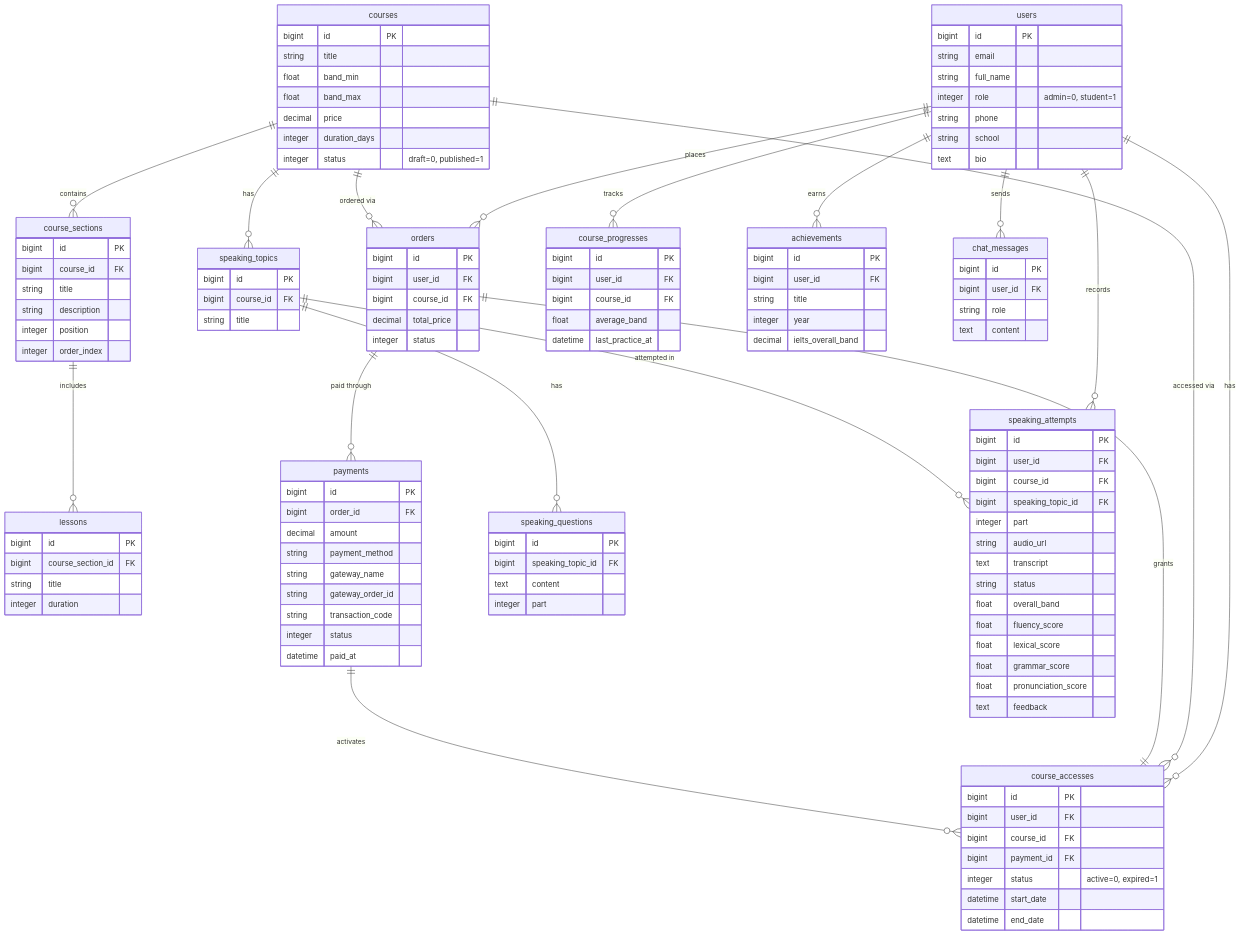
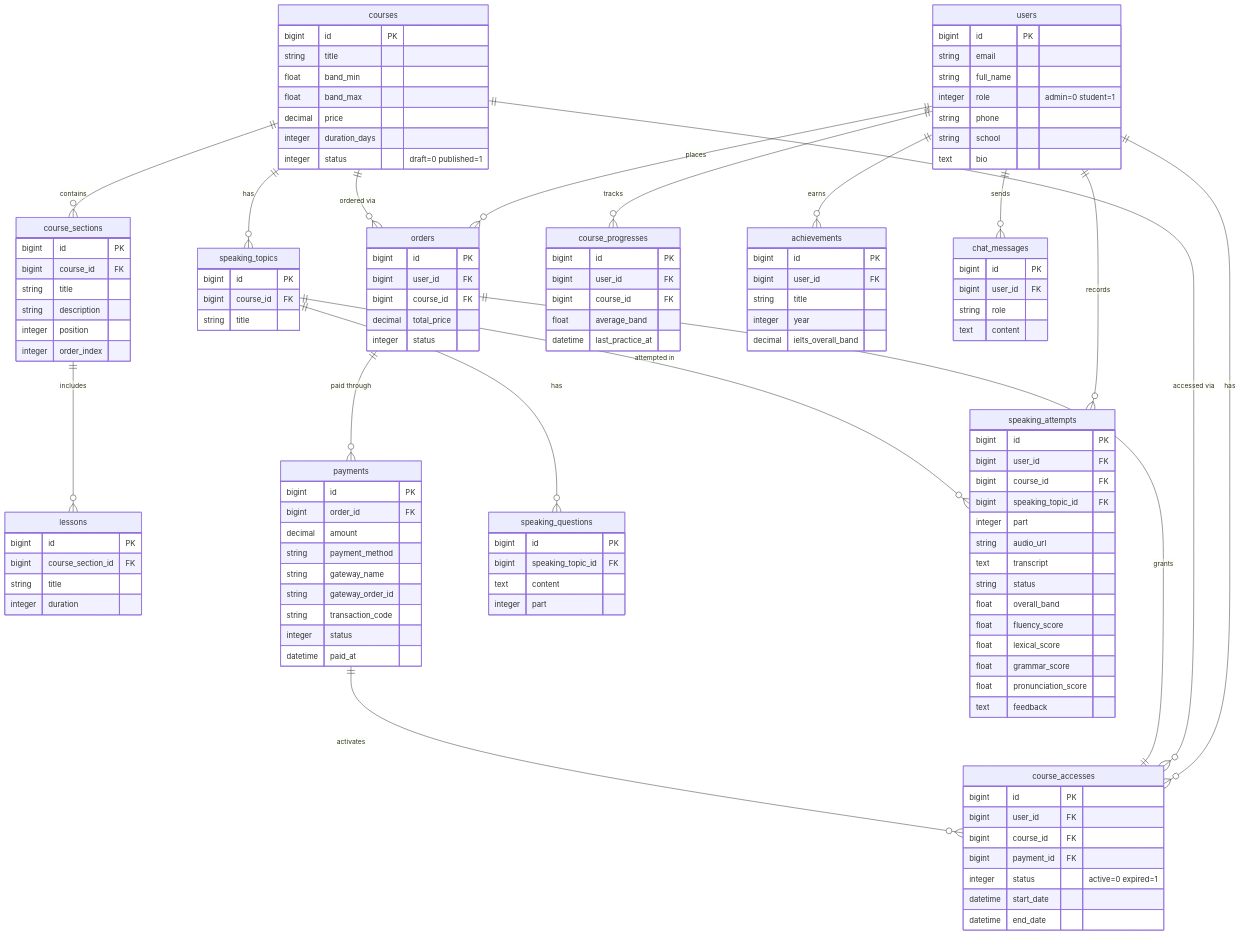
One commit to ThiPhu210/IELTS_LEARNING_PLATFORM changed the third of 10 diagrams in README.md. Above: the diagram before and after it, drawn with Mermaid. The commit also changed other lines of this file, not shown here.

````diff
--- a/README.md
+++ b/README.md
@@ -142,12 +467,11 @@
         bigint id PK
         string email
         string full_name
-        integer role "admin=0, student=1"
+        integer role "admin=0 student=1"
         string phone
         string school
         text bio
     }
-
     courses {
         bigint id PK
         string title
@@ -155,9 +479,8 @@
         float band_max
         decimal price
         integer duration_days
-        integer status "draft=0, published=1"
+        integer status "draft=0 published=1"
     }
-
     course_sections {
         bigint id PK
         bigint course_id FK
@@ -166,14 +489,12 @@
         integer position
         integer order_index
     }
-
     lessons {
         bigint id PK
         bigint course_section_id FK
         string title
         integer duration
     }
-
     orders {
         bigint id PK
         bigint user_id FK
@@ -181,7 +502,6 @@
         decimal total_price
         integer status
     }
-
     payments {
         bigint id PK
         bigint order_id FK
@@ -193,30 +513,26 @@
         integer status
         datetime paid_at
     }
-
     course_accesses {
         bigint id PK
         bigint user_id FK
         bigint course_id FK
         bigint payment_id FK
-        integer status "active=0, expired=1"
+        integer status "active=0 expired=1"
         datetime start_date
         datetime end_date
     }
-
     speaking_topics {
         bigint id PK
         bigint course_id FK
         string title
     }
-
     speaking_questions {
         bigint id PK
         bigint speaking_topic_id FK
         text content
         integer part
     }
-
     speaking_attempts {
         bigint id PK
         bigint user_id FK
@@ -233,7 +549,6 @@
         float pronunciation_score
         text feedback
     }
-
     course_progresses {
         bigint id PK
         bigint user_id FK
@@ -241,7 +556,6 @@
         float average_band
         datetime last_practice_at
     }
-
     achievements {
         bigint id PK
         bigint user_id FK
@@ -249,7 +563,6 @@
         integer year
         decimal ielts_overall_band
     }
-
     chat_messages {
         bigint id PK
         bigint user_id FK
@@ -263,19 +576,14 @@
     users ||--o{ course_progresses : "tracks"
     users ||--o{ achievements : "earns"
     users ||--o{ chat_messages : "sends"
-
     courses ||--o{ course_sections : "contains"
     courses ||--o{ speaking_topics : "has"
     courses ||--o{ orders : "ordered via"
     courses ||--o{ course_accesses : "accessed via"
-
     course_sections ||--o{ lessons : "includes"
-
     orders ||--o{ payments : "paid through"
     orders ||--|| course_accesses : "grants"
-
     payments ||--o{ course_accesses : "activates"
-
     speaking_topics ||--o{ speaking_questions : "has"
     speaking_topics ||--o{ speaking_attempts : "attempted in"
 ```
````
